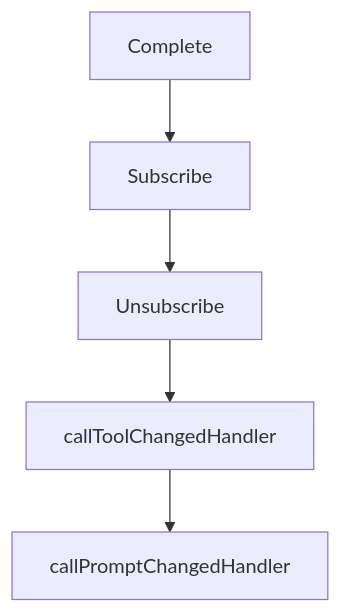
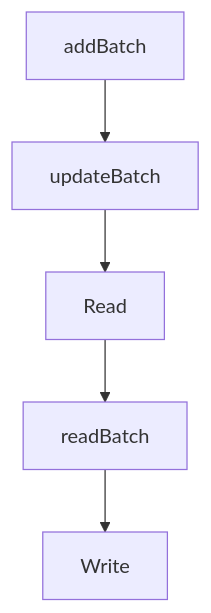
The diagram in tutorials/mcp-go-sdk-tutorial/06-auth-security-and-runtime-hardening.md (johnxie/awesome-code-docs), drawn with Mermaid before and after one commit. The commit also changed other lines of this file and 1232 other files, not shown here.

````diff
--- a/tutorials/mcp-go-sdk-tutorial/06-auth-security-and-runtime-hardening.md
+++ b/tutorials/mcp-go-sdk-tutorial/06-auth-security-and-runtime-hardening.md
@@ -222,12 +220,12 @@
 ```mermaid
 flowchart TD
-    A[Complete]
-    B[Subscribe]
-    C[Unsubscribe]
-    D[callToolChangedHandler]
-    E[callPromptChangedHandler]
+    A[addBatch]
+    B[updateBatch]
+    C[Read]
+    D[readBatch]
+    E[Write]
     A --> B
     B --> C
     C --> D
     D --> E
 ```
````
